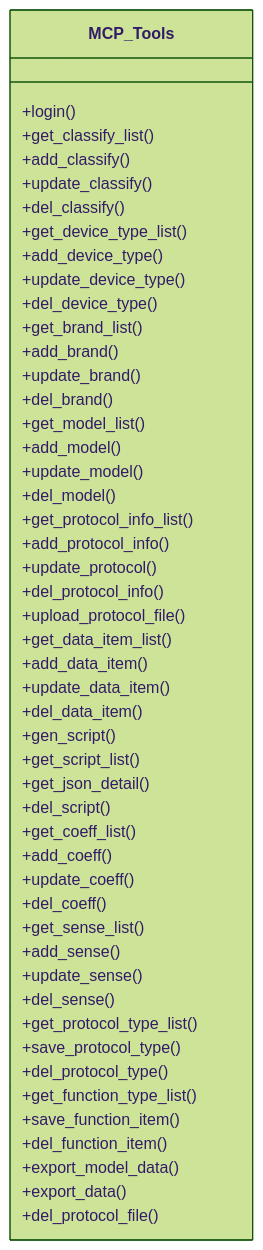
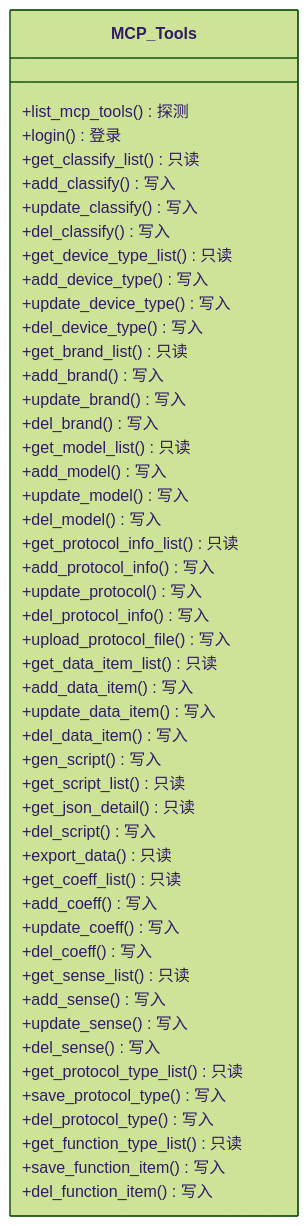
One commit to rookie-wind/web_ai changed the fourth of 8 diagrams in .qoder/repowiki/zh/content/项目概述/项目概述.md. Above: the diagram before and after it, drawn with Mermaid (forest theme). The commit also changed other lines of this file and 117 other files, not shown here.

````diff
--- a/.qoder/repowiki/zh/content/项目概述/项目概述.md
+++ b/.qoder/repowiki/zh/content/项目概述/项目概述.md
@@ -132,52 +149,51 @@
 ```mermaid
 classDiagram
 class MCP_Tools {
-+login()
-+get_classify_list()
-+add_classify()
-+update_classify()
-+del_classify()
-+get_device_type_list()
-+add_device_type()
-+update_device_type()
-+del_device_type()
-+get_brand_list()
-+add_brand()
-+update_brand()
-+del_brand()
-+get_model_list()
-+add_model()
-+update_model()
-+del_model()
-+get_protocol_info_list()
-+add_protocol_info()
-+update_protocol()
-+del_protocol_info()
-+upload_protocol_file()
-+get_data_item_list()
-+add_data_item()
-+update_data_item()
-+del_data_item()
-+gen_script()
-+get_script_list()
-+get_json_detail()
-+del_script()
-+get_coeff_list()
-+add_coeff()
-+update_coeff()
-+del_coeff()
-+get_sense_list()
-+add_sense()
-+update_sense()
-+del_sense()
-+get_protocol_type_list()
-+save_protocol_type()
-+del_protocol_type()
-+get_function_type_list()
-+save_function_item()
-+del_function_item()
-+export_model_data()
-+export_data()
-+del_protocol_file()
++list_mcp_tools() 探测
++login() 登录
++get_classify_list() 只读
++add_classify() 写入
++update_classify() 写入
++del_classify() 写入
++get_device_type_list() 只读
++add_device_type() 写入
++update_device_type() 写入
++del_device_type() 写入
++get_brand_list() 只读
++add_brand() 写入
++update_brand() 写入
++del_brand() 写入
++get_model_list() 只读
++add_model() 写入
++update_model() 写入
++del_model() 写入
++get_protocol_info_list() 只读
++add_protocol_info() 写入
++update_protocol() 写入
++del_protocol_info() 写入
++upload_protocol_file() 写入
++get_data_item_list() 只读
++add_data_item() 写入
++update_data_item() 写入
++del_data_item() 写入
++gen_script() 写入
++get_script_list() 只读
++get_json_detail() 只读
++del_script() 写入
++export_data() 只读
++get_coeff_list() 只读
++add_coeff() 写入
++update_coeff() 写入
++del_coeff() 写入
++get_sense_list() 只读
++add_sense() 写入
++update_sense() 写入
++del_sense() 写入
++get_protocol_type_list() 只读
++save_protocol_type() 写入
++del_protocol_type() 写入
++get_function_type_list() 只读
++save_function_item() 写入
++del_function_item() 写入
 }
 ```
````
